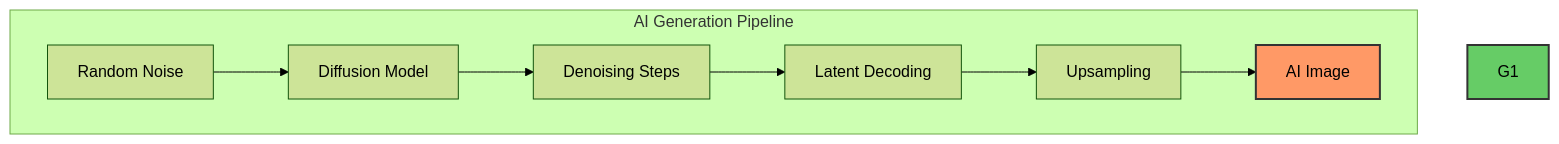
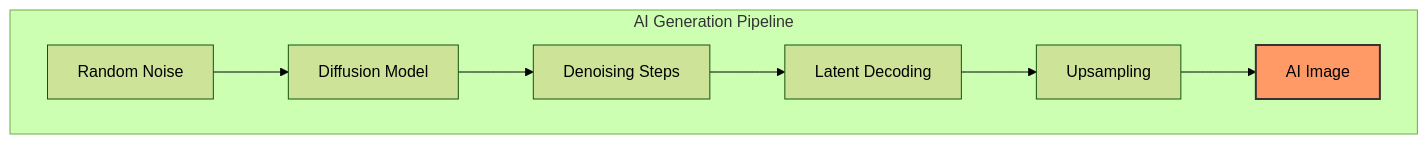
Before and after one commit to gsantopaolo/gsantopaolo.github.io: the second of 3 diagrams in _posts/2025/2025-12-15-detecting-ai-generated-images-what-actually-works.md, drawn with Mermaid (forest theme). The commit also changed other lines of this file, not shown here.

````diff
--- a/_posts/2025/2025-12-15-detecting-ai-generated-images-what-actually-works.md
+++ b/_posts/2025/2025-12-15-detecting-ai-generated-images-what-actually-works.md
@@ -58,13 +57,12 @@
 ```mermaid
 graph TB
     subgraph "AI Generation Pipeline"
         A2[Random Noise] --> B2[Diffusion Model]
         B2 --> C2[Denoising Steps]
         C2 --> D2[Latent Decoding]
         D2 --> E2[Upsampling]
         E2 --> G2[AI Image]
     end
     
-    style G1 fill:#6c6,stroke:#333,stroke-width:2px
     style G2 fill:#f96,stroke:#333,stroke-width:2px
 ```
````
